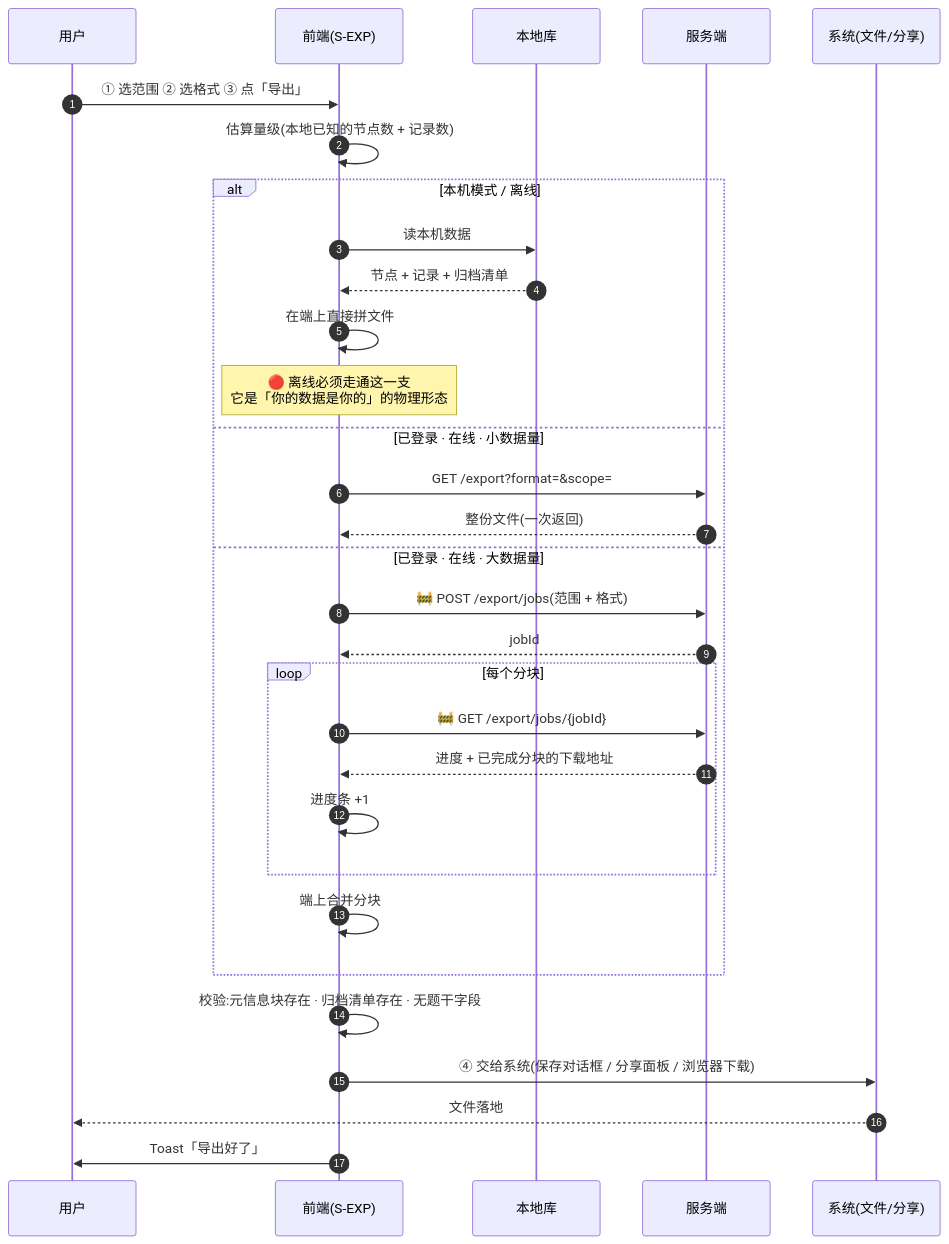
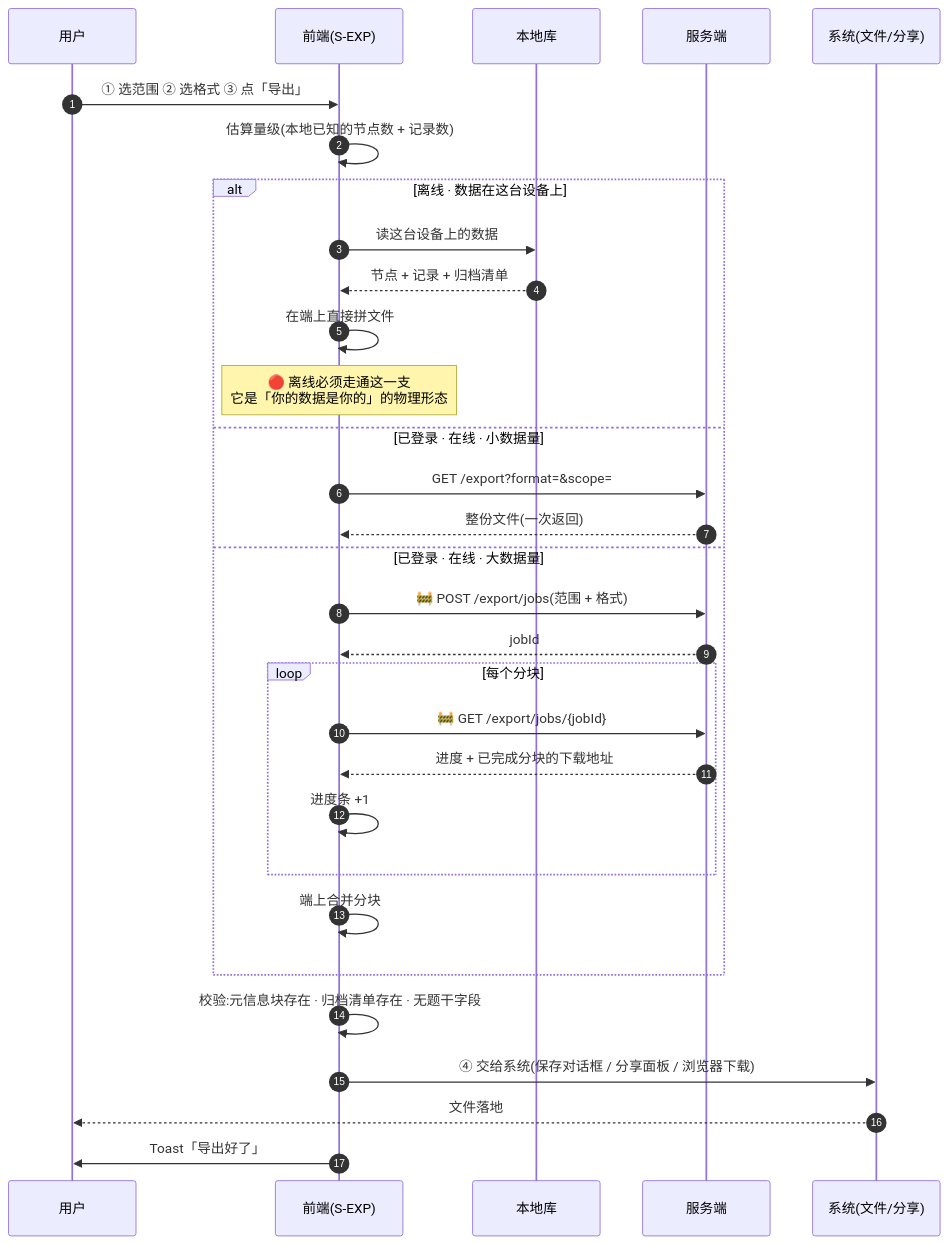
Before and after one commit to chenyuanjin/kubic: the sixth of 12 diagrams in docs/product/specs/导出与问AI.md, drawn with Mermaid. The commit also changed other lines of this file and 15 other files, not shown here.

````diff
--- a/docs/product/specs/导出与问AI.md
+++ b/docs/product/specs/导出与问AI.md
@@ -402,36 +410,36 @@
 ```mermaid
 sequenceDiagram
     autonumber
     participant U as 用户
     participant F as 前端(S-EXP)
     participant L as 本地库
     participant S as 服务端
     participant OS as 系统(文件/分享)
 
     U->>F: ① 选范围 ② 选格式 ③ 点「导出」
     F->>F: 估算量级(本地已知的节点数 + 记录数)
 
-    alt 本机模式 / 离线
-        F->>L: 读本机数据
+    alt 离线 · 数据在这台设备上
+        F->>L: 读这台设备上的数据
         L-->>F: 节点 + 记录 + 归档清单
         F->>F: 在端上直接拼文件
         Note over F: 🔴 离线必须走通这一支<br/>它是「你的数据是你的」的物理形态
     else 已登录 · 在线 · 小数据量
         F->>S: GET /export?format=&scope=
         S-->>F: 整份文件(一次返回)
     else 已登录 · 在线 · 大数据量
         F->>S: 🚧 POST /export/jobs(范围 + 格式)
         S-->>F: jobId
         loop 每个分块
             F->>S: 🚧 GET /export/jobs/{jobId}
             S-->>F: 进度 + 已完成分块的下载地址
             F->>F: 进度条 +1
         end
         F->>F: 端上合并分块
     end
 
     F->>F: 校验:元信息块存在 · 归档清单存在 · 无题干字段
     F->>OS: ④ 交给系统(保存对话框 / 分享面板 / 浏览器下载)
     OS-->>U: 文件落地
     F->>U: Toast「导出好了」
 ```
````
